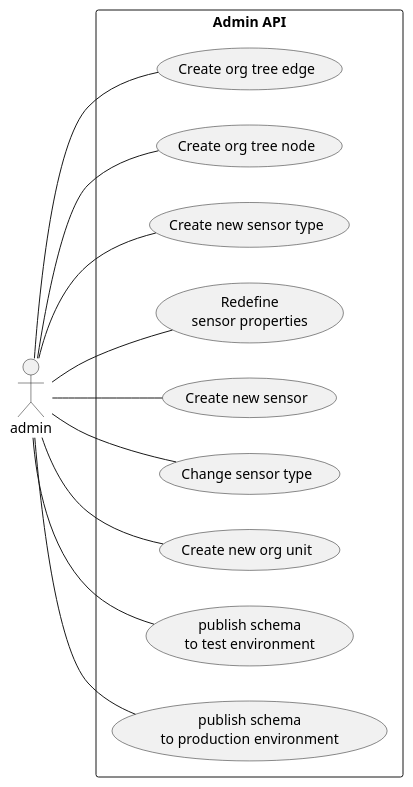
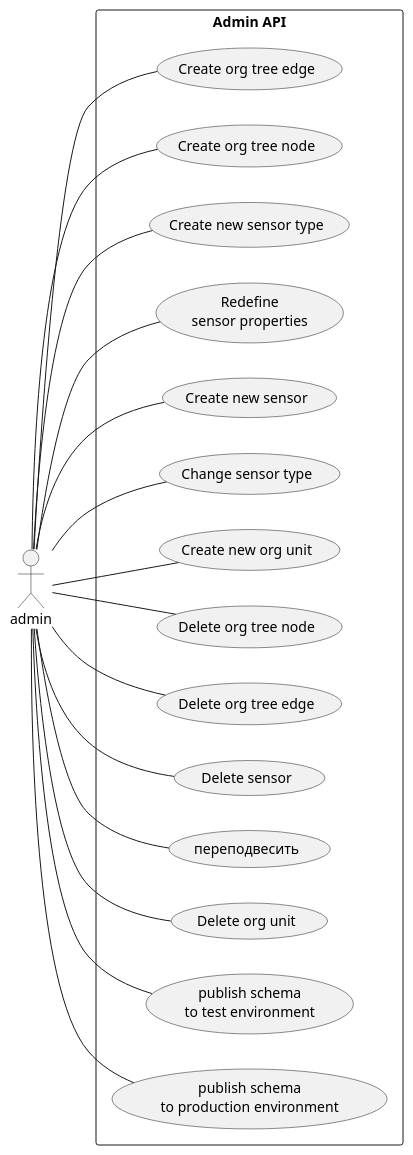
One commit to EngineerXL/diploma changed the diagram in usecases.md. Above: the diagram before and after it, drawn with PlantUML. The commit also changed 3 other files, not shown here.

````diff
--- a/usecases.md
+++ b/usecases.md
@@ -3,28 +3,35 @@
 ```plantuml
 @startuml
 left to right direction
 skinparam packageStyle rect
 
 actor admin
 
 rectangle "Admin API" {
   admin -- (Create org tree edge)
   admin -- (Create org tree node)
   admin -- (Create new sensor type)
   admin -- (Redefine\nsensor properties)
   admin -- (Create new sensor)
   admin -- (Change sensor type)
   admin -- (Create new org unit)
+' каскадное удаление через дату
+  admin -- (Delete org tree node)
+  admin -- (Delete org tree edge)
+  admin -- (Delete sensor)
+  admin -- (переподвесить)
+  admin -- (Delete org unit)
+
 
 ' ?
   admin -- (publish schema\nto test environment)
 ' ?
   admin -- (publish schema\nto production environment)
 
 '  (checkout) .> (payment) : include
 '  (help) .> (checkout) : extends
 '  (checkout) -> (authorize)
 '  (checkout) -- clerk
 }
 @enduml
 ```
````
